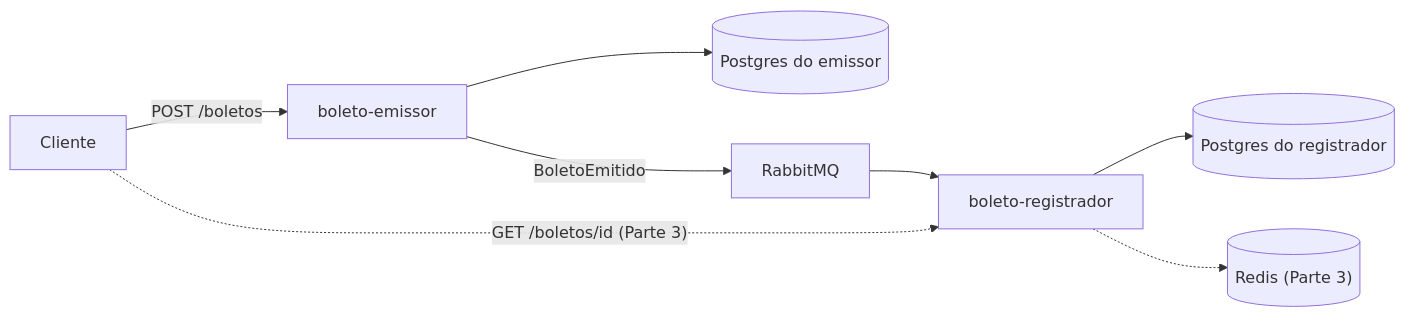
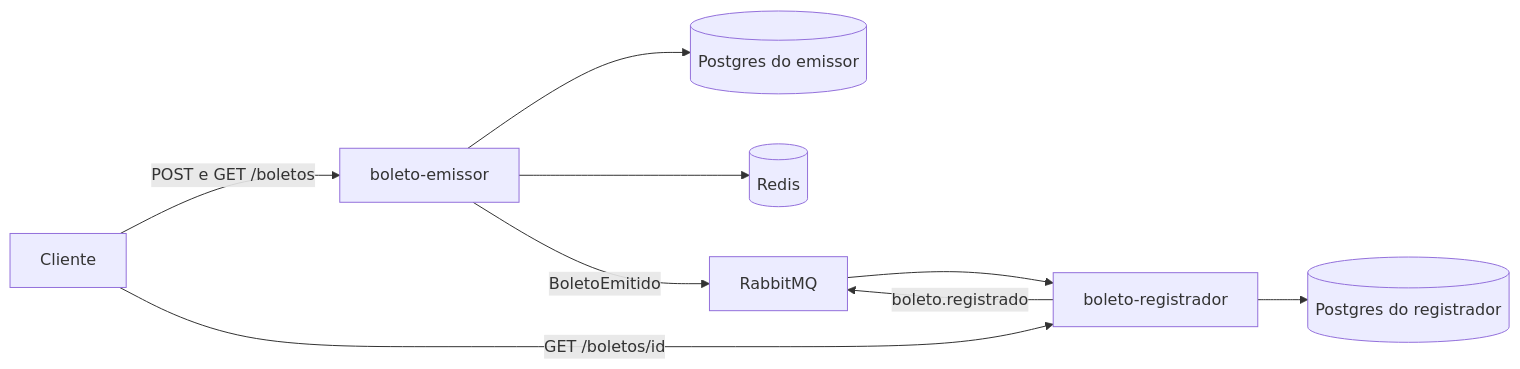
Before and after one commit to GiovaniBR1/BE-JV-010: the diagram in README.md, drawn with Mermaid. The commit also changed other lines of this file and 8 other files, not shown here.

````diff
--- a/README.md
+++ b/README.md
@@ -13,10 +11,11 @@
 ```mermaid
 flowchart LR
-    Cliente["Cliente"] -->|"POST /boletos"| Emissor["boleto-emissor"]
+    Cliente["Cliente"] -->|"POST e GET /boletos"| Emissor["boleto-emissor"]
     Emissor --> PG1[("Postgres do emissor")]
+    Emissor --> Redis[("Redis")]
     Emissor -->|"BoletoEmitido"| Fila["RabbitMQ"]
     Fila --> Registrador["boleto-registrador"]
+    Registrador -->|"boleto.registrado"| Fila
     Registrador --> PG2[("Postgres do registrador")]
-    Registrador -.-> Redis[("Redis (Parte 3)")]
-    Cliente -.->|"GET /boletos/id (Parte 3)"| Registrador
+    Cliente -->|"GET /boletos/id"| Registrador
 ```
````
